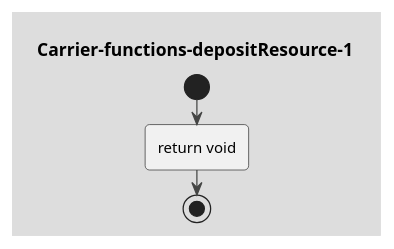
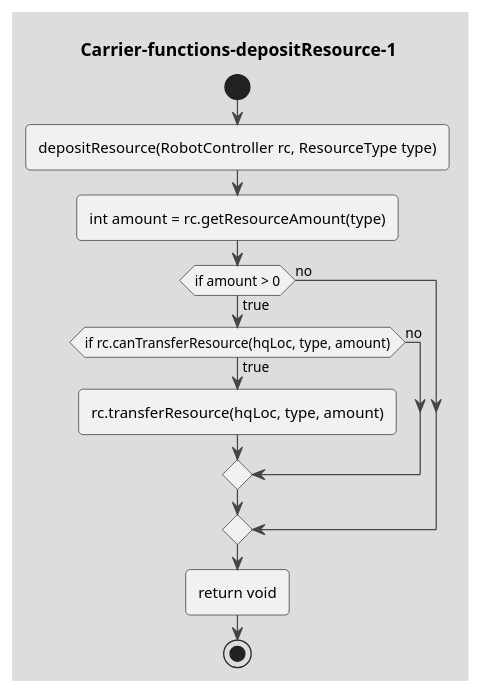
Before and after one commit to coding-to-music/plantuml-diagram-examples: the diagram in drawings/Carrier-functions-depositResource-1.puml, drawn with PlantUML. The commit also changed 1 other file, not shown here.

```diff
--- a/drawings/Carrier-functions-depositResource-1.puml
+++ b/drawings/Carrier-functions-depositResource-1.puml
@@ -1,13 +1,18 @@
 @startuml Carrier-functions-depositResource-1
 !theme toy 
 title Carrier-functions-depositResource-1
 start
 
-' static void depositResource(RobotController rc, ResourceType type) throws GameActionException {
-' int amount = rc.getResourceAmount(type);
-' if(amount > 0) {
-'     if(rc.canTransferResource(hqLoc, type, amount)) rc.transferResource(hqLoc, type, amount);
+:depositResource(RobotController rc, ResourceType type);
+:int amount = rc.getResourceAmount(type);
+if(if amount > 0) then (true)
+    if(if rc.canTransferResource(hqLoc, type, amount)) then (true) 
+        :rc.transferResource(hqLoc, type, amount);
+    else (no)
+    endif
+else (no)
+endif
 
 :return void; 
 stop
 @enduml
```
